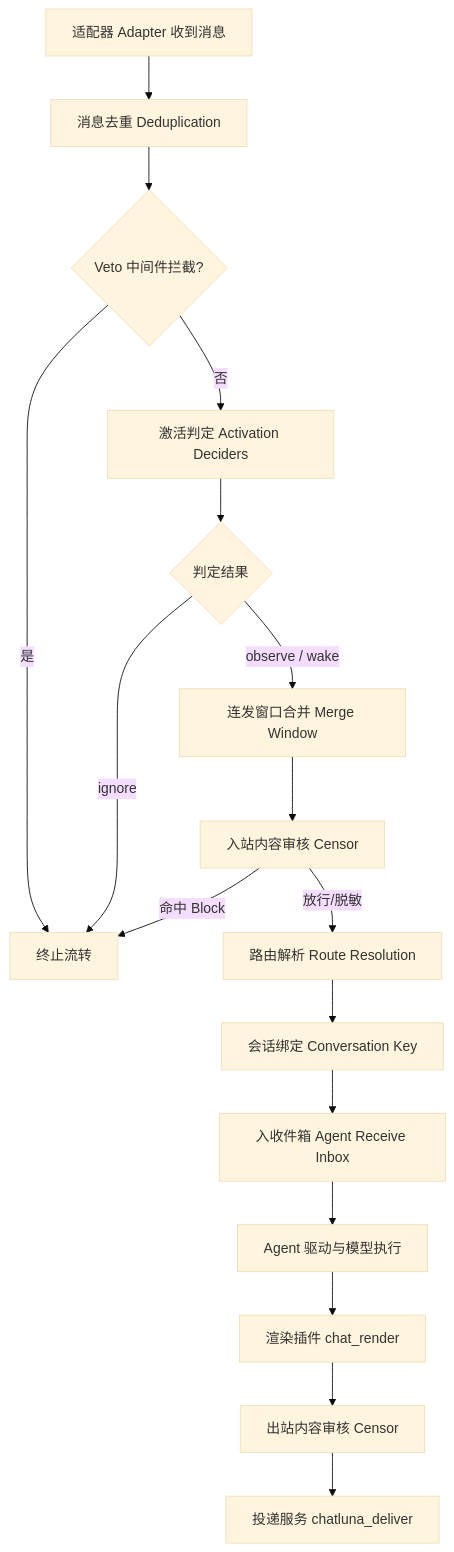
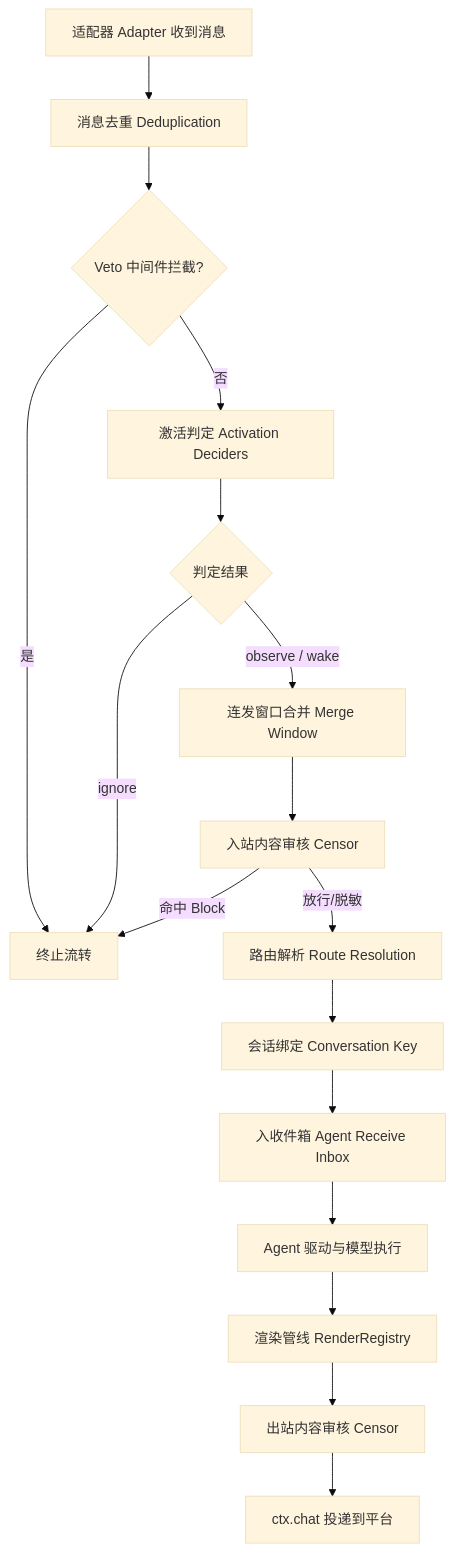
The first of 3 diagrams in docs/architecture/chat-pipeline.md (ChatLunaLab/doc), drawn with Mermaid (base theme) before and after one commit. The commit also changed other lines of this file and 12 other files, not shown here.

````diff
--- a/docs/architecture/chat-pipeline.md
+++ b/docs/architecture/chat-pipeline.md
@@ -11,19 +11,19 @@
 ```mermaid
 flowchart TD
     A[适配器 Adapter 收到消息] --> B[消息去重 Deduplication]
     B --> C{Veto 中间件拦截?}
     C -- 是 --> X[终止流转]
     C -- 否 --> D[激活判定 Activation Deciders]
     D --> E{判定结果}
     E -- ignore --> X
     E -- observe / wake --> F[连发窗口合并 Merge Window]
     F --> G[入站内容审核 Censor]
     G -- 命中 Block --> X
     G -- 放行/脱敏 --> H[路由解析 Route Resolution]
     H --> I[会话绑定 Conversation Key]
     I --> J[入收件箱 Agent Receive Inbox]
     J --> K[Agent 驱动与模型执行]
-    K --> L[渲染插件 chat_render]
+    K --> L[渲染管线 RenderRegistry]
     L --> M[出站内容审核 Censor]
-    M --> N[投递服务 chatluna_deliver]
+    M --> N[ctx.chat 投递到平台]
 ```
````
